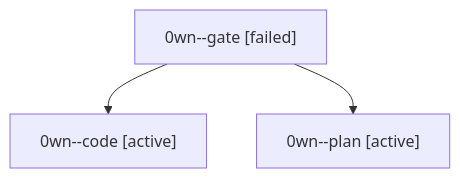
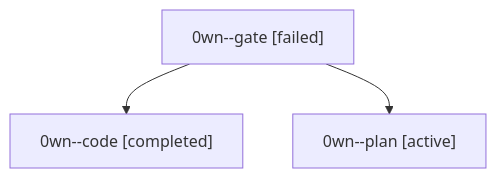
The diagram in sessions/bbugyi200.athena.0wn.md (bobs-org/bob-cli--agents), drawn with Mermaid before and after one commit. The commit also changed other lines of this file and 31 other files, not shown here.

````diff
--- a/sessions/bbugyi200.athena.0wn.md
+++ b/sessions/bbugyi200.athena.0wn.md
@@ -9,8 +9,8 @@
 ```mermaid
 flowchart TD
   n0["0wn--gate [failed]"]
-  n1["0wn--code [active]"]
+  n1["0wn--code [completed]"]
   n0 --> n1
   n2["0wn--plan [active]"]
   n0 --> n2
 ```
````
